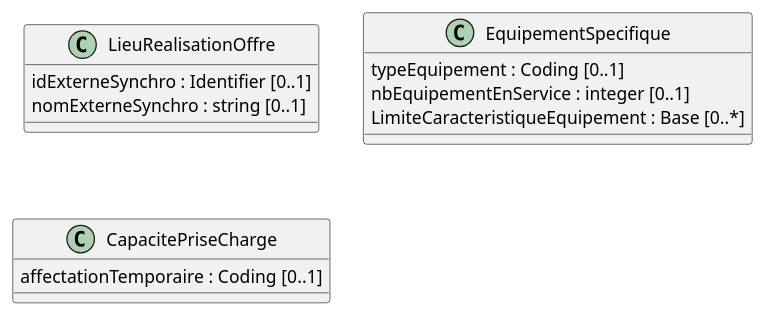
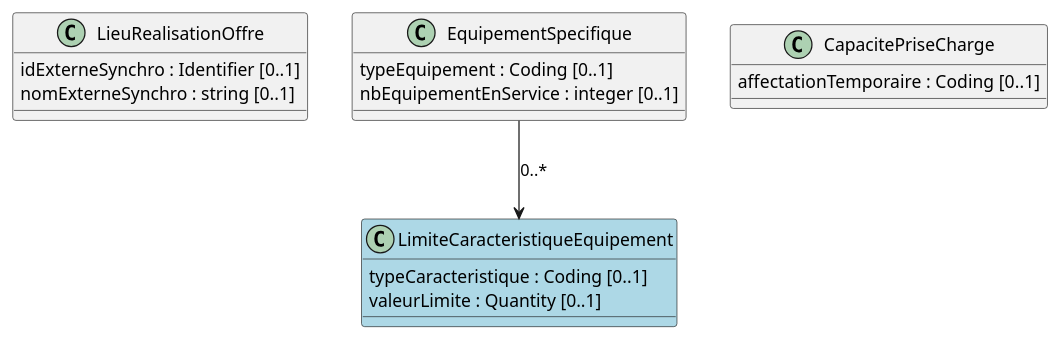
Before and after one commit to ansforge/IG-modele-objets-sante: the diagram in input/images-source/Ressources opérationnelles.plantuml, drawn with PlantUML. The commit also changed 6 other files, not shown here.

Commit message:
Ajout backbones diagrammes

```diff
--- a/input/images-source/Ressources opérationnelles.plantuml
+++ b/input/images-source/Ressources opérationnelles.plantuml
@@ -1,19 +1,24 @@
 @startuml
 
 Class LieuRealisationOffre {
   idExterneSynchro : Identifier [0..1]
   nomExterneSynchro : string [0..1]
 }
 
 Class EquipementSpecifique {
   typeEquipement : Coding [0..1]
   nbEquipementEnService : integer [0..1]
-  LimiteCaracteristiqueEquipement : Base [0..*]
 }
 
 Class CapacitePriseCharge {
   affectationTemporaire : Coding [0..1]
 }
 
+Class LimiteCaracteristiqueEquipement #LightBlue {
+  typeCaracteristique : Coding [0..1]
+  valeurLimite : Quantity [0..1]
+}
+
+EquipementSpecifique --> LimiteCaracteristiqueEquipement : 0..*
 
 @enduml
```
